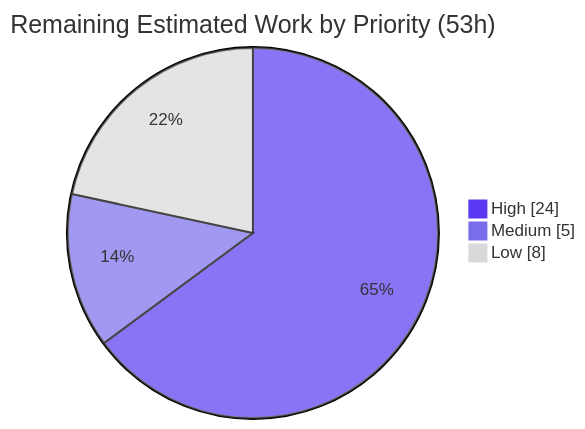
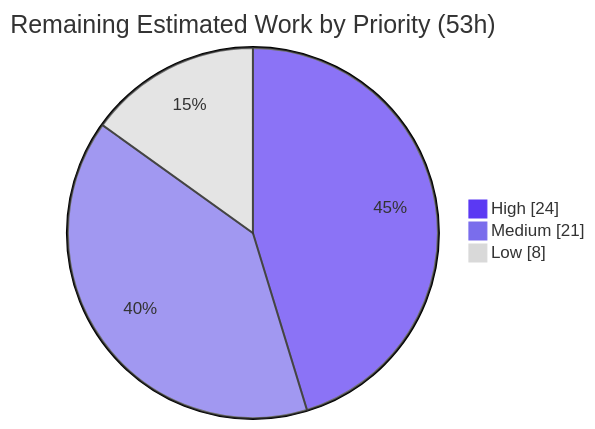
One commit to blitzy-research/zlib changed the third of 3 diagrams in blitzy/documentation/Project Guide.md. Above: the diagram before and after it, drawn with Mermaid. The commit also changed other lines of this file and 27 other files, not shown here.

````diff
--- a/blitzy/documentation/Project Guide.md
+++ b/blitzy/documentation/Project Guide.md
@@ -448,7 +448,7 @@
 ```mermaid
 %%{init: {'theme':'base','themeVariables':{'pie1':'#5B39F3','pie2':'#7A6DEC','pie3':'#D9D9D9','pieSectionTextColor':'#333333','pieStrokeColor':'#333333'}}}%%
 pie showData title Remaining Estimated Work by Priority (53h)
     "High" : 24
-    "Medium" : 5
+    "Medium" : 21
     "Low" : 8
 ```
````
